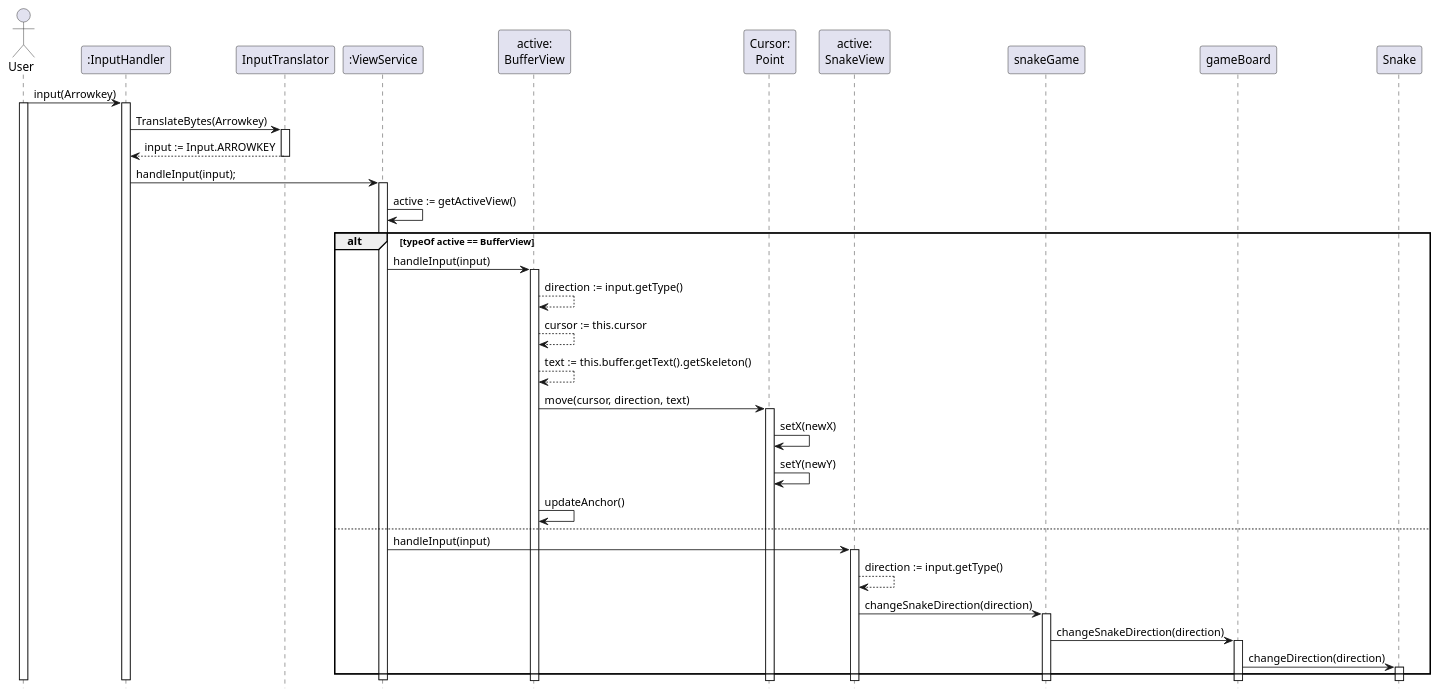
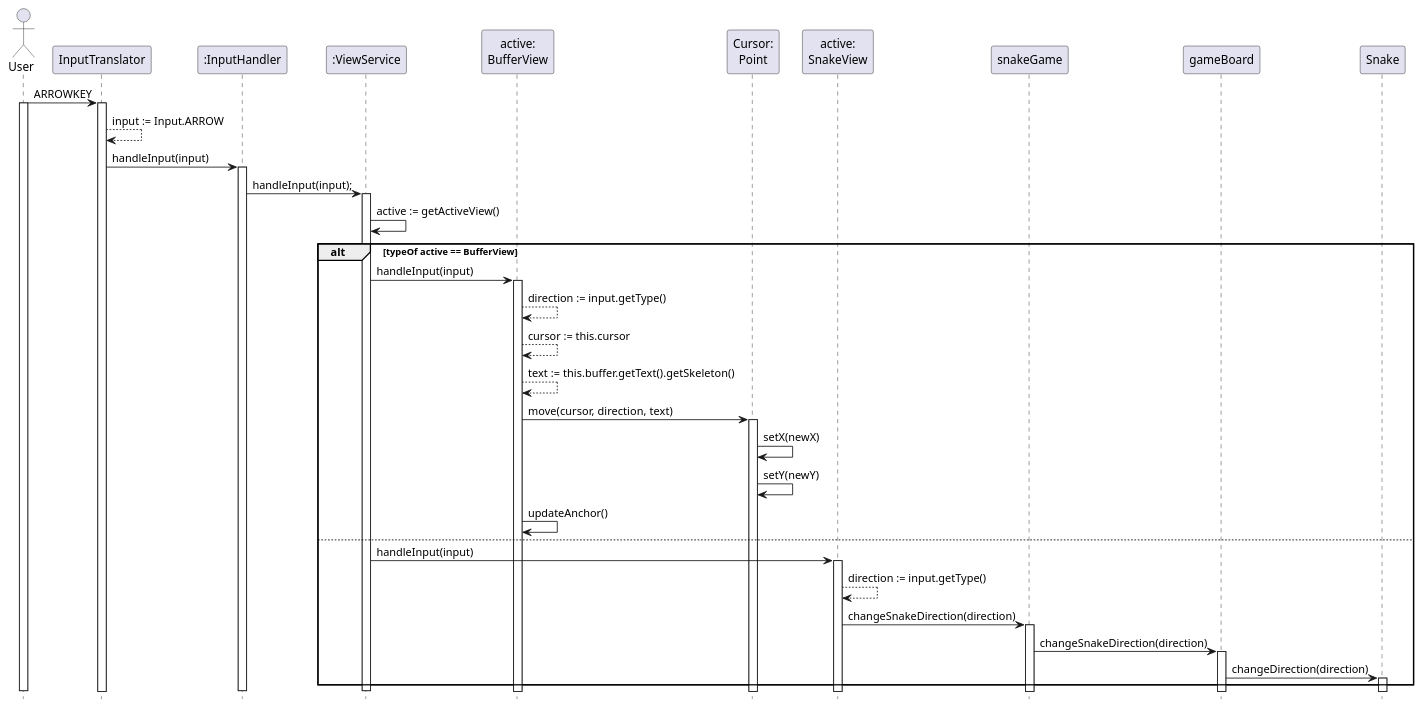
The diagram in resources/diagrams/use-case2seq.puml (lennertnijs/TextrSolo), drawn with PlantUML before and after one commit. The commit also changed 1 other file, not shown here.

Commit message:
diagrams

```diff
--- a/resources/diagrams/use-case2seq.puml
+++ b/resources/diagrams/use-case2seq.puml
@@ -1,54 +1,53 @@
 @startuml
 'https://plantuml.com/sequence-diagram
 hide footbox
 actor User as u
+participant "InputTranslator" as it
 participant ":InputHandler" as ih
-participant "InputTranslator" as it
 participant ":ViewService" as vs
 participant "active:\nBufferView" as bv
 participant "Cursor:\nPoint" as p
 participant "active:\nSnakeView" as sv
 participant "snakeGame" as sg
 participant "gameBoard" as bo
 participant "Snake" as sn
-u -> ih: input(Arrowkey)
+u -> it: ARROWKEY
 activate u
+activate it
+it --> it: input := Input.ARROW
+it-> ih : handleInput(input)
 activate ih
-ih -> it: TranslateBytes(Arrowkey)
-activate it
-it --> ih: input := Input.ARROWKEY
-deactivate it
 ih -> vs: handleInput(input);
 activate vs
 
 vs -> vs: active := getActiveView()
 alt typeOf active == BufferView
     vs -> bv: handleInput(input)
     activate bv
     bv --> bv: direction := input.getType()
     bv --> bv: cursor := this.cursor
     bv --> bv: text := this.buffer.getText().getSkeleton()
     bv -> p: move(cursor, direction, text)
     activate p
     p -> p: setX(newX)
     p -> p: setY(newY)
     bv -> bv: updateAnchor()
 
 
 else
     vs -> sv: handleInput(input)
     activate sv
     sv --> sv: direction := input.getType()
     sv -> sg: changeSnakeDirection(direction)
     activate sg
     sg-> bo: changeSnakeDirection(direction)
     activate bo
     bo-> sn: changeDirection(direction)
     activate sn
 
 end
 deactivate vs
 deactivate ih
 deactivate u
 
 @enduml
```
